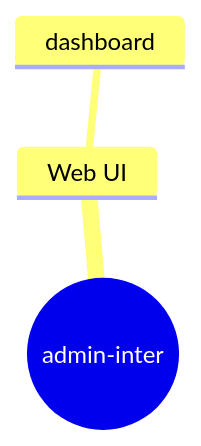
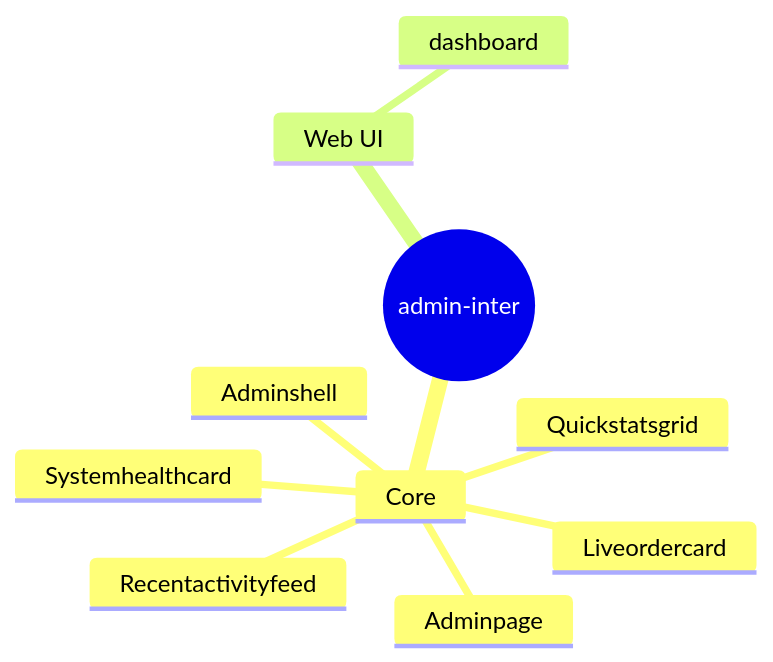
The fourth of 4 diagrams in README.md (Punyamittal/admin-inter), drawn with Mermaid before and after one commit. The commit also changed other lines of this file, not shown here.

````diff
--- a/README.md
+++ b/README.md
@@ -198,6 +287,13 @@
 ```mermaid
 mindmap
   root((admin-inter))
+    Core
+      Liveordercard
+      Quickstatsgrid
+      Recentactivityfeed
+      Systemhealthcard
+      Adminpage
+      Adminshell
     Web UI
       dashboard
 ```
````
